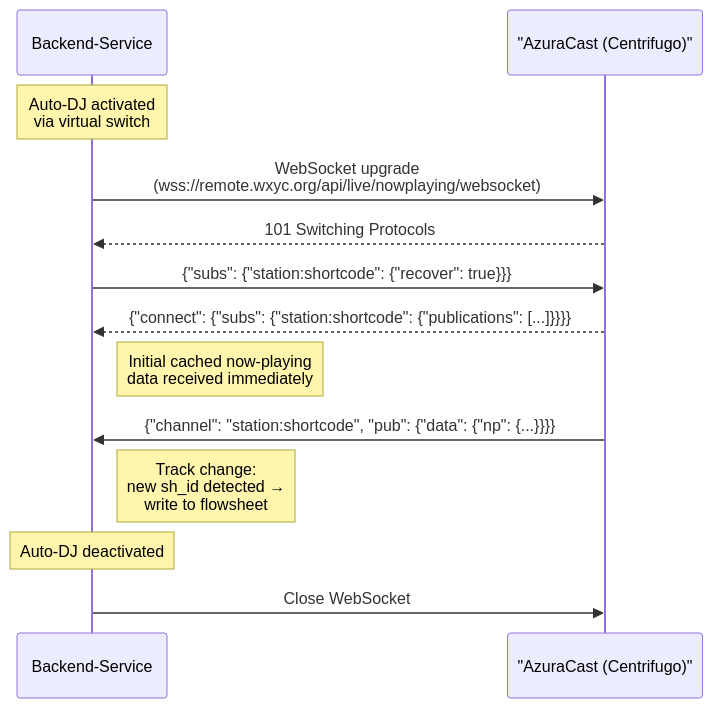
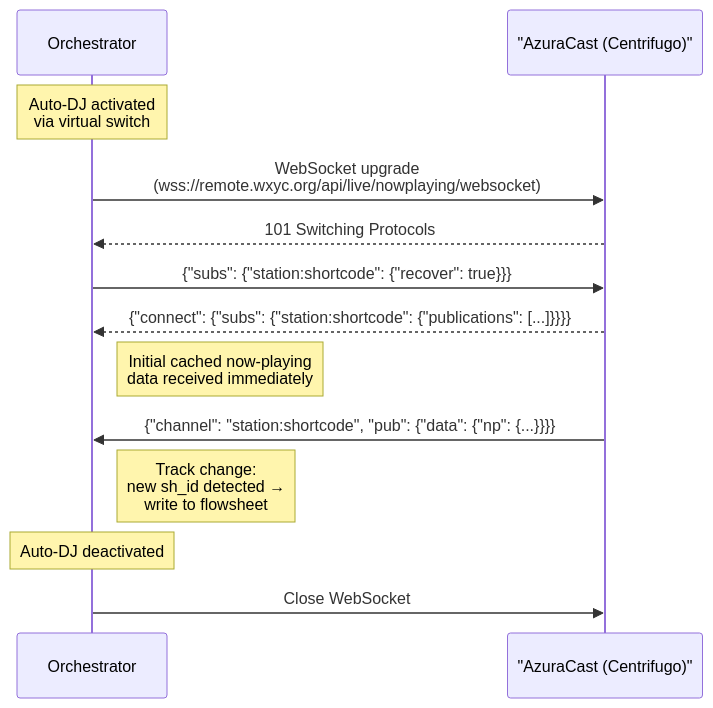
The fifth of 15 diagrams in docs/networking-spec.md (WXYC/auto-dj-arduino-switch), drawn with Mermaid before and after one commit. The commit also changed other lines of this file, not shown here.

First line of the commit message:
Replace Backend-Service with orchestrator where duties apply

````diff
--- a/docs/networking-spec.md
+++ b/docs/networking-spec.md
@@ -476,21 +477,21 @@
 ```mermaid
 sequenceDiagram
-    participant BS as Backend-Service
+    participant Orch as Orchestrator
     participant AZ as "AzuraCast (Centrifugo)"
 
-    Note over BS: Auto-DJ activated<br/>via virtual switch
+    Note over Orch: Auto-DJ activated<br/>via virtual switch
 
-    BS->>AZ: WebSocket upgrade<br/>(wss://remote.wxyc.org/api/live/nowplaying/websocket)
-    AZ-->>BS: 101 Switching Protocols
+    Orch->>AZ: WebSocket upgrade<br/>(wss://remote.wxyc.org/api/live/nowplaying/websocket)
+    AZ-->>Orch: 101 Switching Protocols
 
-    BS->>AZ: {"subs": {"station:shortcode": {"recover": true}}}
-    AZ-->>BS: {"connect": {"subs": {"station:shortcode": {"publications": [...]}}}}
-    Note right of BS: Initial cached now-playing<br/>data received immediately
+    Orch->>AZ: {"subs": {"station:shortcode": {"recover": true}}}
+    AZ-->>Orch: {"connect": {"subs": {"station:shortcode": {"publications": [...]}}}}
+    Note right of Orch: Initial cached now-playing<br/>data received immediately
 
-    AZ->>BS: {"channel": "station:shortcode", "pub": {"data": {"np": {...}}}}
-    Note right of BS: Track change:<br/>new sh_id detected →<br/>write to flowsheet
+    AZ->>Orch: {"channel": "station:shortcode", "pub": {"data": {"np": {...}}}}
+    Note right of Orch: Track change:<br/>new sh_id detected →<br/>write to flowsheet
 
-    Note over BS: Auto-DJ deactivated
+    Note over Orch: Auto-DJ deactivated
 
-    BS->>AZ: Close WebSocket
+    Orch->>AZ: Close WebSocket
 ```
````
